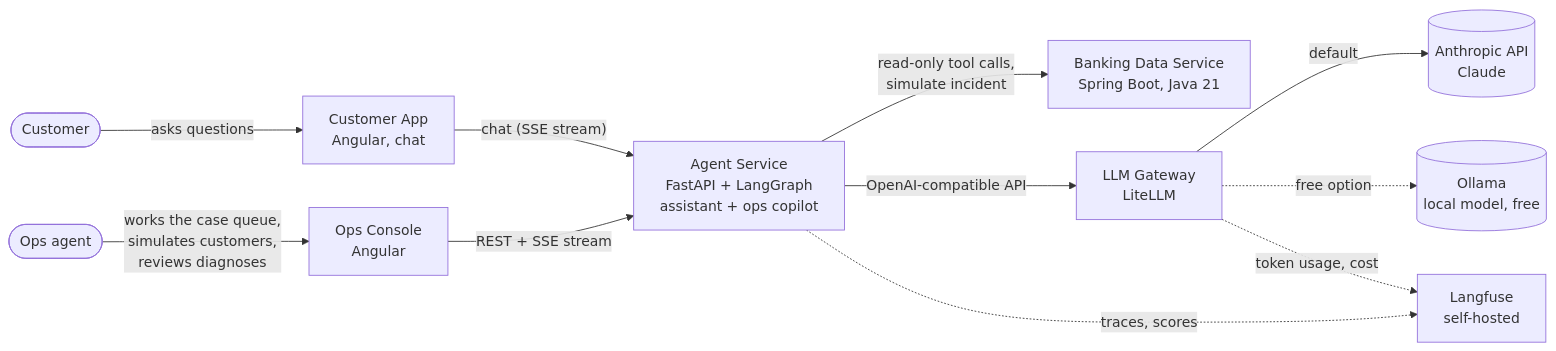
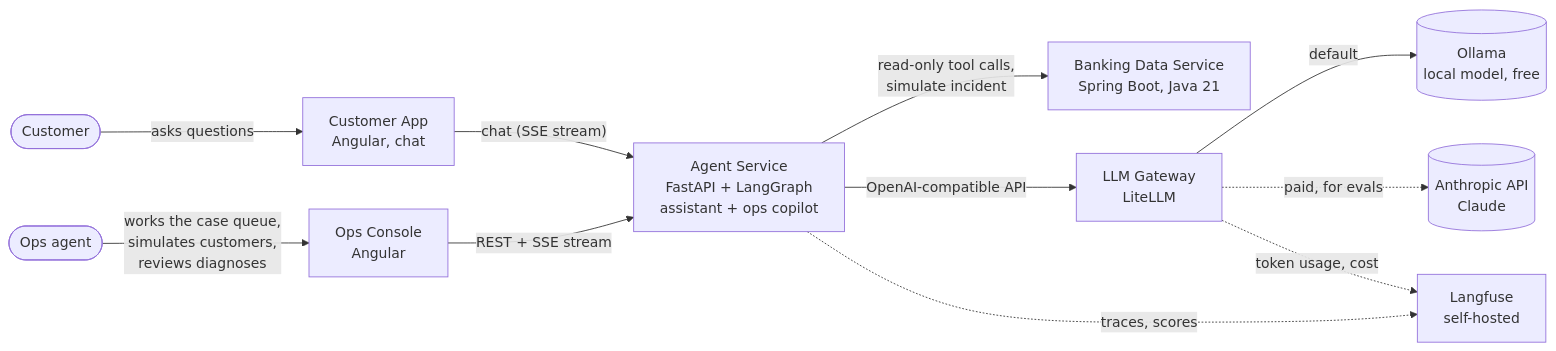
The first of 12 diagrams in docs/architecture.md (babicmilan999/claude-poc), drawn with Mermaid before and after one commit. The commit also changed other lines of this file, not shown here.

First line of the commit message:
Make ollama the default LLM profile in architecture doc

````diff
--- a/docs/architecture.md
+++ b/docs/architecture.md
@@ -54,24 +54,24 @@
 ```mermaid
 flowchart LR
     customer(["Customer"])
     ops(["Ops agent"])
     capp["Customer App<br/>Angular, chat"]
     console["Ops Console<br/>Angular"]
     agents["Agent Service<br/>FastAPI + LangGraph<br/>assistant + ops copilot"]
     banking["Banking Data Service<br/>Spring Boot, Java 21"]
     litellm["LLM Gateway<br/>LiteLLM"]
     anthropic[("Anthropic API<br/>Claude")]
     ollama[("Ollama<br/>local model, free")]
     langfuse["Langfuse<br/>self-hosted"]
 
     customer -->|"asks questions"| capp
     ops -->|"works the case queue,<br/>simulates customers,<br/>reviews diagnoses"| console
     capp -->|"chat (SSE stream)"| agents
     console -->|"REST + SSE stream"| agents
     agents -->|"read-only tool calls,<br/>simulate incident"| banking
     agents -->|"OpenAI-compatible API"| litellm
-    litellm -->|"default"| anthropic
-    litellm -.->|"free option"| ollama
+    litellm -->|"default"| ollama
+    litellm -.->|"paid, for evals"| anthropic
     agents -.->|"traces, scores"| langfuse
     litellm -.->|"token usage, cost"| langfuse
 ```
````
